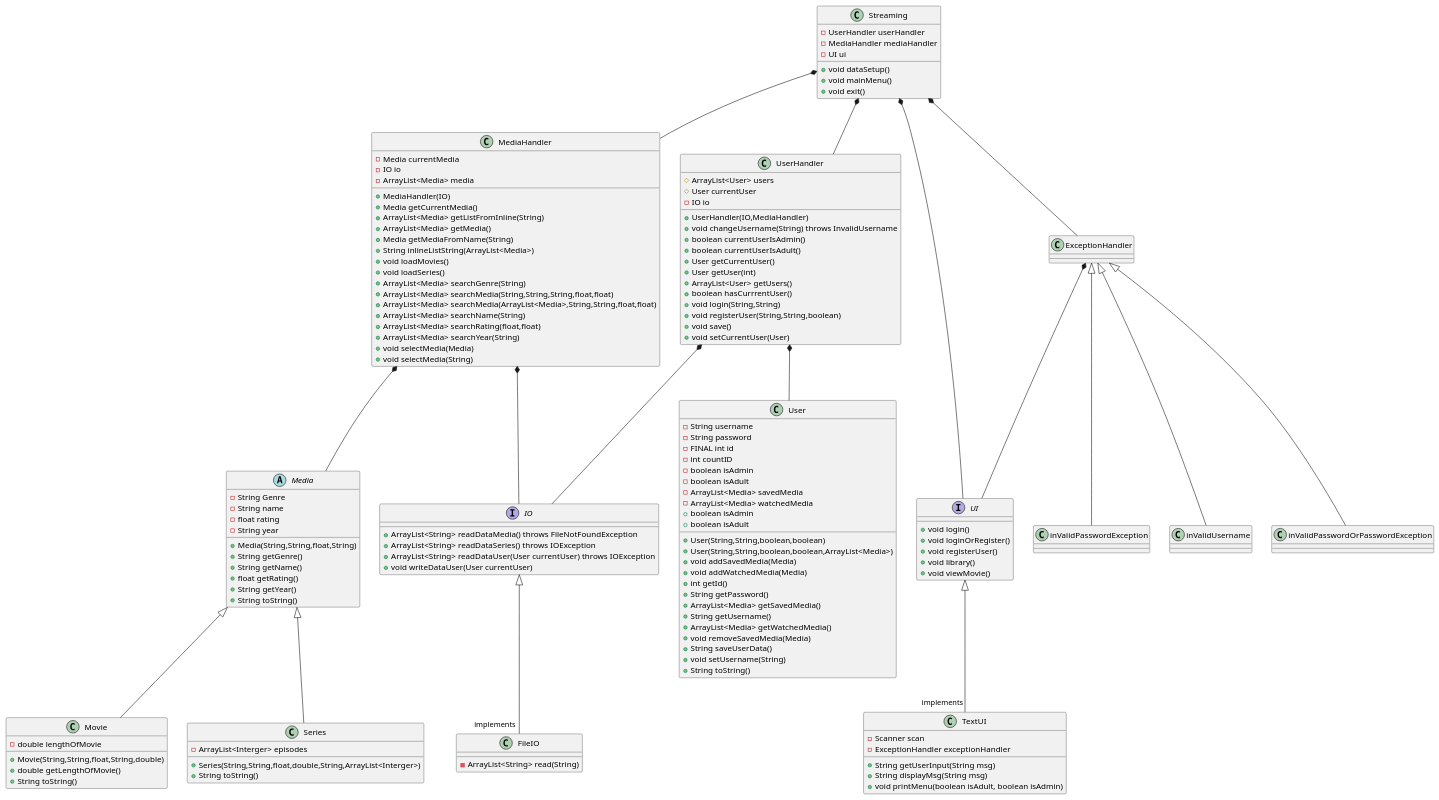
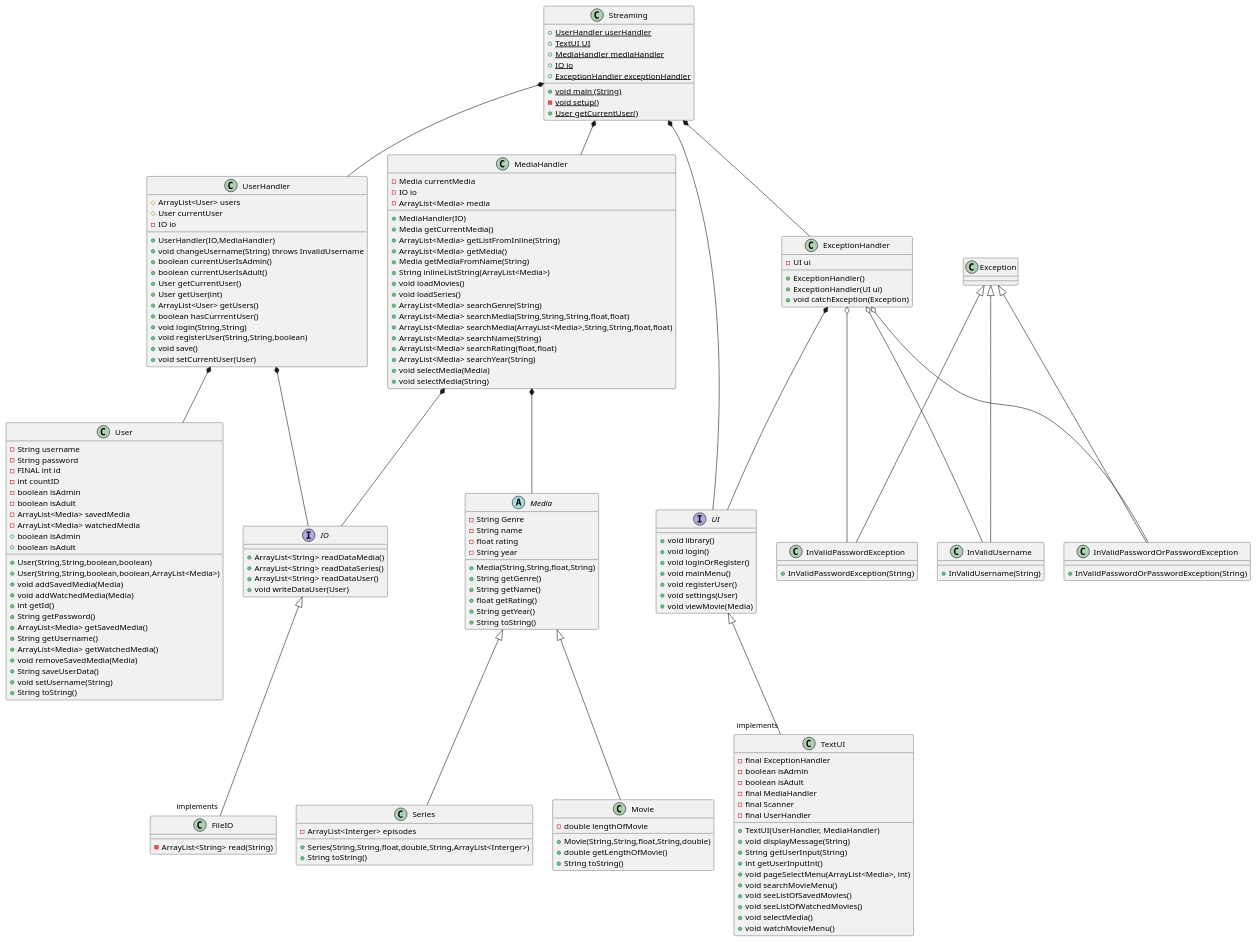
The diagram in SP3 - Streaming Tjeneste/Documentation/ClassDiagram.puml (Ghostz-Games/SP3---Streamingtjeneste---Gruppe-B---2023), drawn with PlantUML before and after one commit. The commit also changed 1 other file, not shown here.

Commit message:
UML almost done(need packeges)

```diff
--- a/SP3 - Streaming Tjeneste/Documentation/ClassDiagram.puml
+++ b/SP3 - Streaming Tjeneste/Documentation/ClassDiagram.puml
@@ -1,148 +1,181 @@
 @startuml
 'https://plantuml.com/class-diagram
 
-class Streaming
+class Streaming{
++ {static}UserHandler userHandler
++ {static} TextUI UI
++ {static} MediaHandler mediaHandler
++ {static} IO io
++ {static} ExceptionHandler exceptionHandler
++ {static} void main (String)
+- {static} void setup()
++ {static} User getCurrentUser()
+}
 class MediaHandler{
 - Media currentMedia
 - IO io
 - ArrayList<Media> media
 + MediaHandler(IO)
 + Media getCurrentMedia()
 + ArrayList<Media> getListFromInline(String)
 + ArrayList<Media> getMedia()
 + Media getMediaFromName(String)
 + String inlineListString(ArrayList<Media>)
 + void loadMovies()
 + void loadSeries()
 + ArrayList<Media> searchGenre(String)
 + ArrayList<Media> searchMedia(String,String,String,float,float)
 + ArrayList<Media> searchMedia(ArrayList<Media>,String,String,float,float)
 + ArrayList<Media> searchName(String)
 + ArrayList<Media> searchRating(float,float)
 + ArrayList<Media> searchYear(String)
 + void selectMedia(Media)
 + void selectMedia(String)
 }
 abstract class Media{
 - String Genre
 - String name
 - float rating
 - String year
 + Media(String,String,float,String)
 + String getGenre()
 + String getName()
 + float getRating()
 + String getYear()
 + String toString()
 }
 class Movie{
 - double lengthOfMovie
 + Movie(String,String,float,String,double)
 + double getLengthOfMovie()
 + String toString()
 }
 class Series{
 - ArrayList<Interger> episodes
 + Series(String,String,float,double,String,ArrayList<Interger>)
 + String toString()
 }
 class UserHandler{
 # ArrayList<User> users
 # User currentUser
 - IO io
 + UserHandler(IO,MediaHandler)
 + void changeUsername(String) throws InvalidUsername
 + boolean currentUserIsAdmin()
 + boolean currentUserIsAdult()
 + User getCurrentUser()
 + User getUser(int)
 + ArrayList<User> getUsers()
 + boolean hasCurrrentUser()
 + void login(String,String)
 + void registerUser(String,String,boolean)
 + void save()
 + void setCurrentUser(User)
 }
 class User{
 - String username
 - String password
 - FINAL int id
 - int countID
 - boolean isAdmin
 - boolean isAdult
 - ArrayList<Media> savedMedia
 - ArrayList<Media> watchedMedia
 + User(String,String,boolean,boolean)
 + User(String,String,boolean,boolean,ArrayList<Media>)
 + void addSavedMedia(Media)
 + void addWatchedMedia(Media)
 + int getId()
 + String getPassword()
 + ArrayList<Media> getSavedMedia()
 + String getUsername()
 + ArrayList<Media> getWatchedMedia()
 + boolean isAdmin
 + boolean isAdult
 + void removeSavedMedia(Media)
 + String saveUserData()
 + void setUsername(String)
 + String toString()
 }
-class FileIO
-interface IO
-interface UI
-class TextUI
-class ExceptionHandler
+class FileIO{
+- ArrayList<String> read(String)
+}
+interface IO{
++ ArrayList<String> readDataMedia()
++ ArrayList<String> readDataSeries()
++ ArrayList<String> readDataUser()
++ void writeDataUser(User)
+}
+class ExceptionHandler{
+    + ExceptionHandler()
+    + ExceptionHandler(UI ui)
+    + void catchException(Exception)
+    - UI ui
+}
+class TextUI {
+    + TextUI(UserHandler, MediaHandler)
+    + void displayMessage(String)
+    + String getUserInput(String)
+    + int getUserInputInt()
+    + void pageSelectMenu(ArrayList<Media>, int)
+    + void searchMovieMenu()
+    + void seeListOfSavedMovies()
+    + void seeListOfWatchedMovies()
+    + void selectMedia()
+    + void watchMovieMenu()
+    - final ExceptionHandler
+    - boolean isAdmin
+    - boolean isAdult
+    - final MediaHandler
+    - final Scanner
+    - final UserHandler
+}
+Interface UI {
+    + void library()
+    + void login()
+    + void loginOrRegister()
+    + void mainMenu()
+    + void registerUser()
+    + void settings(User)
+    + void viewMovie(Media)
+}
+Class Exception
+Class InValidPasswordException{
++ InValidPasswordException(String)
+}
+Class InValidUsername{
++ InValidUsername(String)
+}
+Class InValidPasswordOrPasswordException{
++ InValidPasswordOrPasswordException(String)
+}
 
 
 
 Streaming *-- UserHandler
 UserHandler *-- User
 Streaming *-- MediaHandler
 MediaHandler *-- Media
 Media <|--  Movie
 Media <|--  Series
 
 IO <|-- "implements" FileIO
 UI <|-- "implements" TextUI
 ExceptionHandler *-- UI
-ExceptionHandler <|-- inValidPasswordException
-ExceptionHandler <|-- inValidUsername
-ExceptionHandler <|-- inValidPasswordOrPasswordException
+ExceptionHandler o-- InValidPasswordException
+ExceptionHandler o-- InValidUsername
+ExceptionHandler o-- InValidPasswordOrPasswordException
 Streaming *-- ExceptionHandler
 UserHandler *-- IO
 MediaHandler *-- IO
-'''Streaming *-- IO
 Streaming *-- UI
 
-Streaming : - UserHandler userHandler
-Streaming : - MediaHandler mediaHandler
-Streaming : - UI ui
-'''Streaming : - IO io
-Streaming : + void dataSetup()
-Streaming : + void mainMenu()
-Streaming : + void exit()
-
-TextUI : - Scanner scan
-TextUI : + String getUserInput(String msg)
-TextUI : + String displayMsg(String msg)
-TextUI : + void printMenu(boolean isAdult, boolean isAdmin)
-TextUI : - ExceptionHandler exceptionHandler
+Exception <|-- InValidPasswordException
+Exception <|-- InValidUsername
+Exception <|-- InValidPasswordOrPasswordException
 
 
-IO : + ArrayList<String> readDataMedia() throws FileNotFoundException
-IO : + ArrayList<String> readDataSeries() throws IOException
-IO : + ArrayList<String> readDataUser(User currentUser) throws IOException
-IO : + void writeDataUser(User currentUser)
-
-UI : + void login()
-UI : + void loginOrRegister()
-UI : + void registerUser()
-UI : + void library()
-UI : + void viewMovie()
-
-FileIO : - ArrayList<String> read(String)
 
 
 
 @enduml
```
